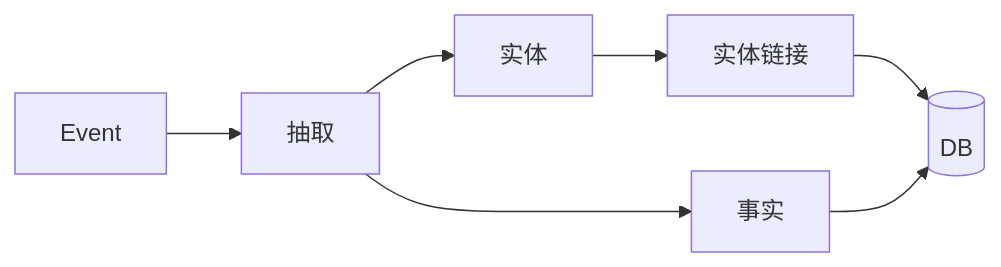
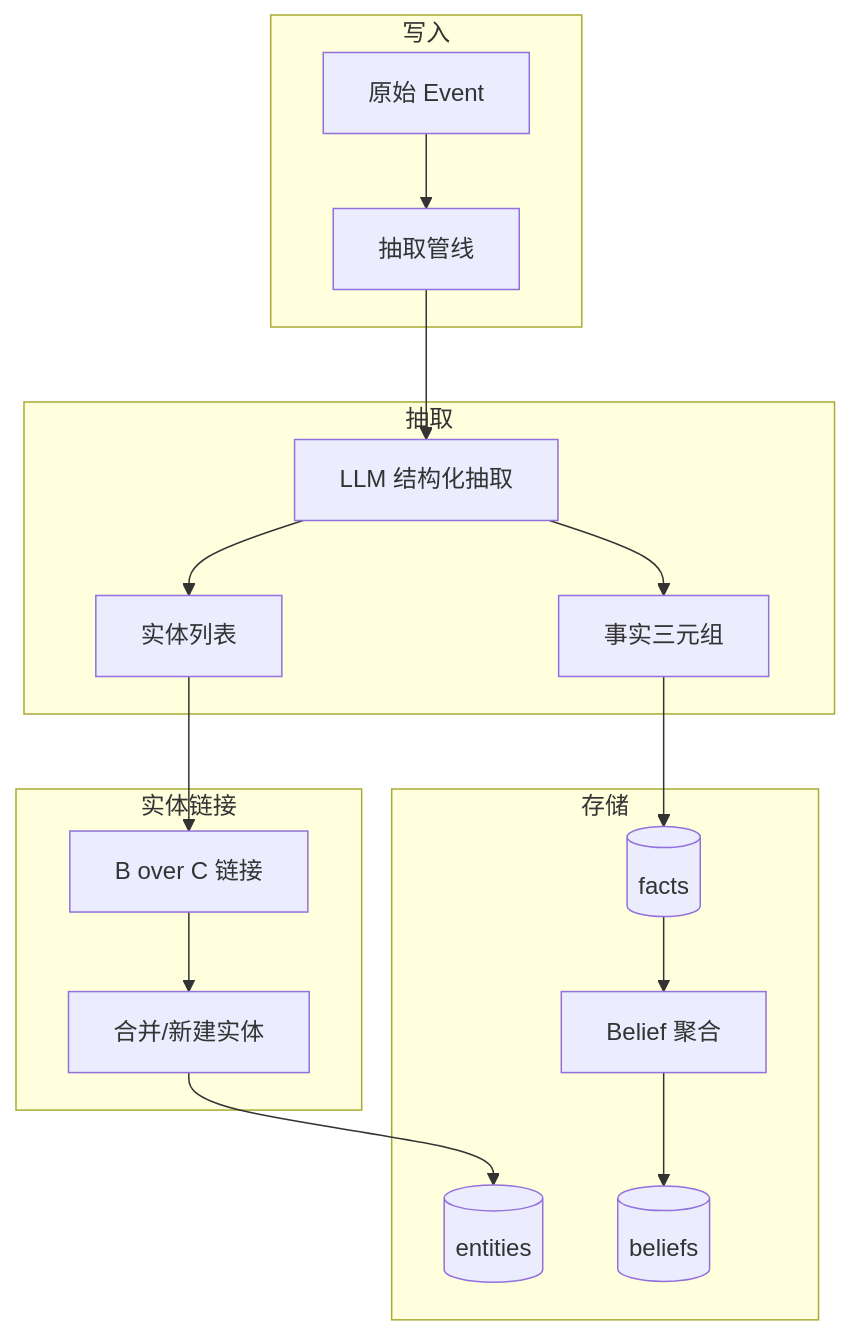
The first of 4 diagrams in source/chapters/04-extraction-pipeline.md (pty819/cortex-py-book), drawn with Mermaid before and after one commit. The commit also changed other lines of this file and 18 other files, not shown here.

First line of the commit message:
docs: refresh book with latest cortex-py architecture

````diff
--- a/source/chapters/04-extraction-pipeline.md
+++ b/source/chapters/04-extraction-pipeline.md
@@ -7,9 +7,24 @@
 ```{mermaid}
-flowchart LR
-    E[Event] --> EXT[抽取]
-    EXT --> ENT[实体]
-    EXT --> FACT[事实]
-    ENT --> LINK[实体链接]
-    LINK --> DB[(DB)]
-    FACT --> DB
+flowchart TB
+    subgraph 写入
+        E[原始 Event] --> EXT[抽取管线]
+    end
+    
+    subgraph 抽取
+        EXT --> LLM[LLM 结构化抽取]
+        LLM --> ENT[实体列表]
+        LLM --> FACT[事实三元组]
+    end
+    
+    subgraph 实体链接
+        ENT --> LINK[B over C 链接]
+        LINK --> MERGE[合并/新建实体]
+    end
+    
+    subgraph 存储
+        MERGE --> DB[(entities)]
+        FACT --> DB2[(facts)]
+        DB2 --> AGG[Belief 聚合]
+        AGG --> DB3[(beliefs)]
+    end
 ```
````
